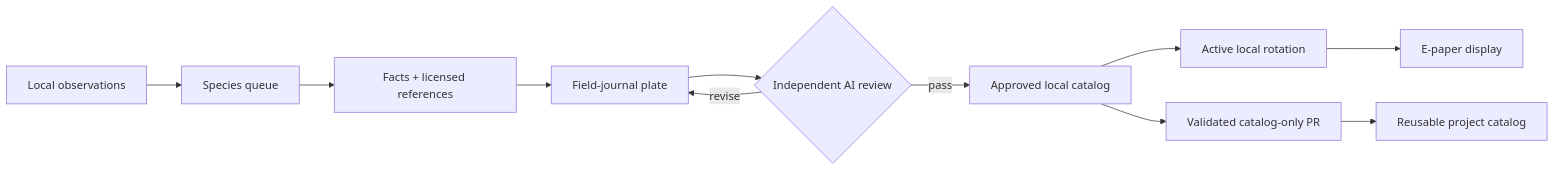
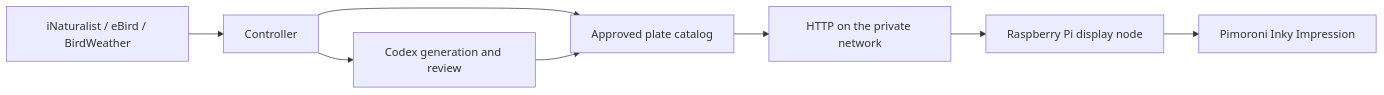
Before and after one commit to veteranbv/inky-bird-frame: the diagram in README.md, drawn with Mermaid. The commit also changed other lines of this file and 14 other files, not shown here.

````diff
--- a/README.md
+++ b/README.md
@@ -34,13 +34,10 @@
 ```mermaid
 flowchart LR
-    A["Local observations"] --> B["Species queue"]
-    B --> C["Facts + licensed references"]
-    C --> D["Field-journal plate"]
-    D --> E{"Independent AI review"}
-    E -->|pass| F["Approved local catalog"]
-    E -->|revise| D
-    F --> G["Active local rotation"]
-    G --> H["E-paper display"]
-    F --> I["Validated catalog-only PR"]
-    I --> J["Reusable project catalog"]
+    A["iNaturalist / eBird / BirdWeather"] --> B["Controller"]
+    B --> C["Approved plate catalog"]
+    C --> D["HTTP on the private network"]
+    D --> E["Raspberry Pi display node"]
+    E --> F["Pimoroni Inky Impression"]
+    B --> G["Codex generation and review"]
+    G --> C
 ```
````
